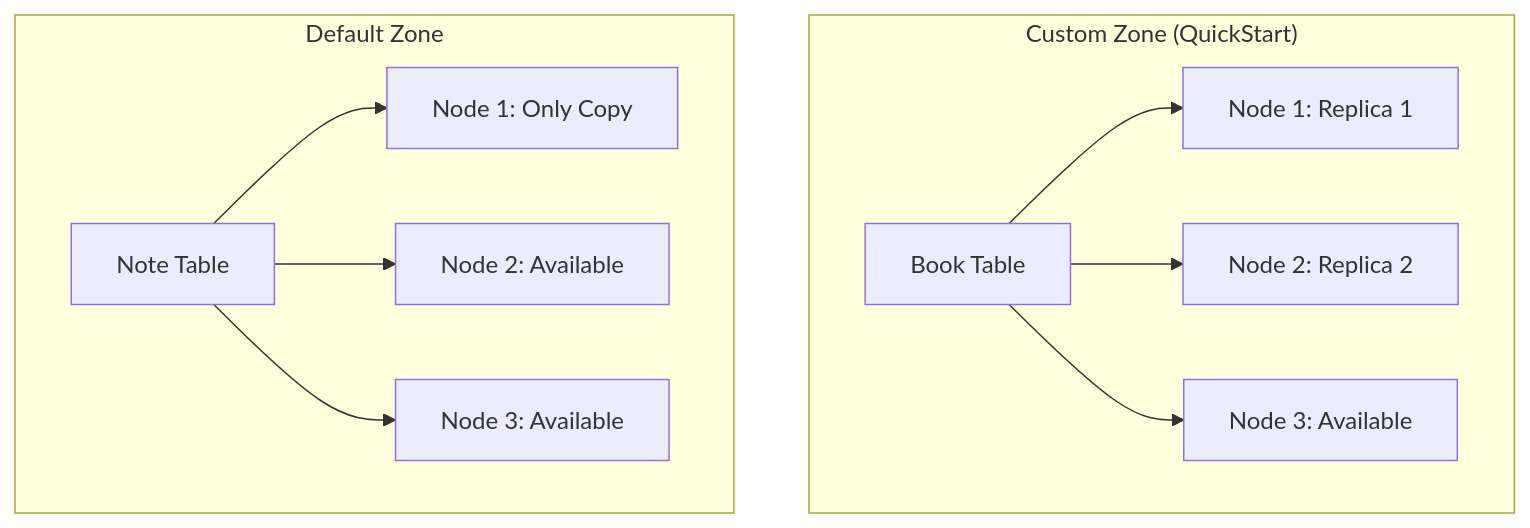
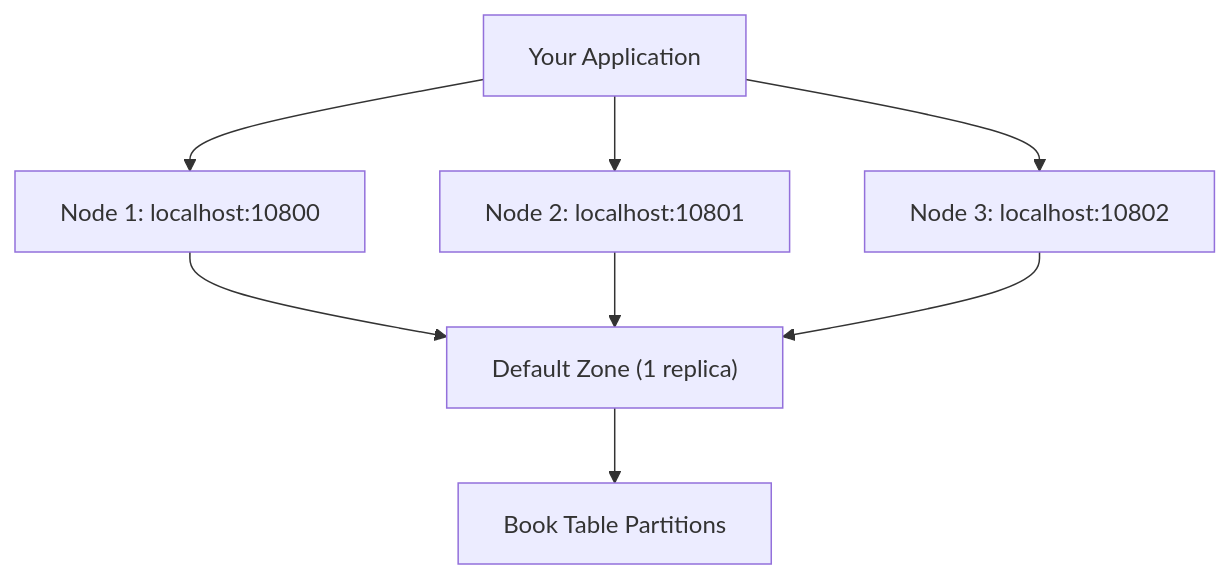
The diagram in docs/01-foundation/02-getting-started.md (maglietti/ignite3-java-api-primer), drawn with Mermaid before and after one commit. The commit also changed other lines of this file and 3 other files, not shown here.

````diff
--- a/docs/01-foundation/02-getting-started.md
+++ b/docs/01-foundation/02-getting-started.md
@@ -411,14 +309,12 @@
 ```mermaid
 flowchart TD
-    subgraph "Custom Zone (QuickStart)"
-        A["Book Table"] --> B["Node 1: Replica 1"]
-        A --> C["Node 2: Replica 2"] 
-        A --> D["Node 3: Available"]
-    end
+    App["Your Application"] --> Node1["Node 1: localhost:10800"]
+    App --> Node2["Node 2: localhost:10801"] 
+    App --> Node3["Node 3: localhost:10802"]
     
-    subgraph "Default Zone"
-        E["Note Table"] --> F["Node 1: Only Copy"]
-        E --> G["Node 2: Available"]
-        E --> H["Node 3: Available"]
-    end
+    Node1 --> DefaultZone["Default Zone (1 replica)"]
+    Node2 --> DefaultZone
+    Node3 --> DefaultZone
+    
+    DefaultZone --> BookTable["Book Table Partitions"]
 ```
````
